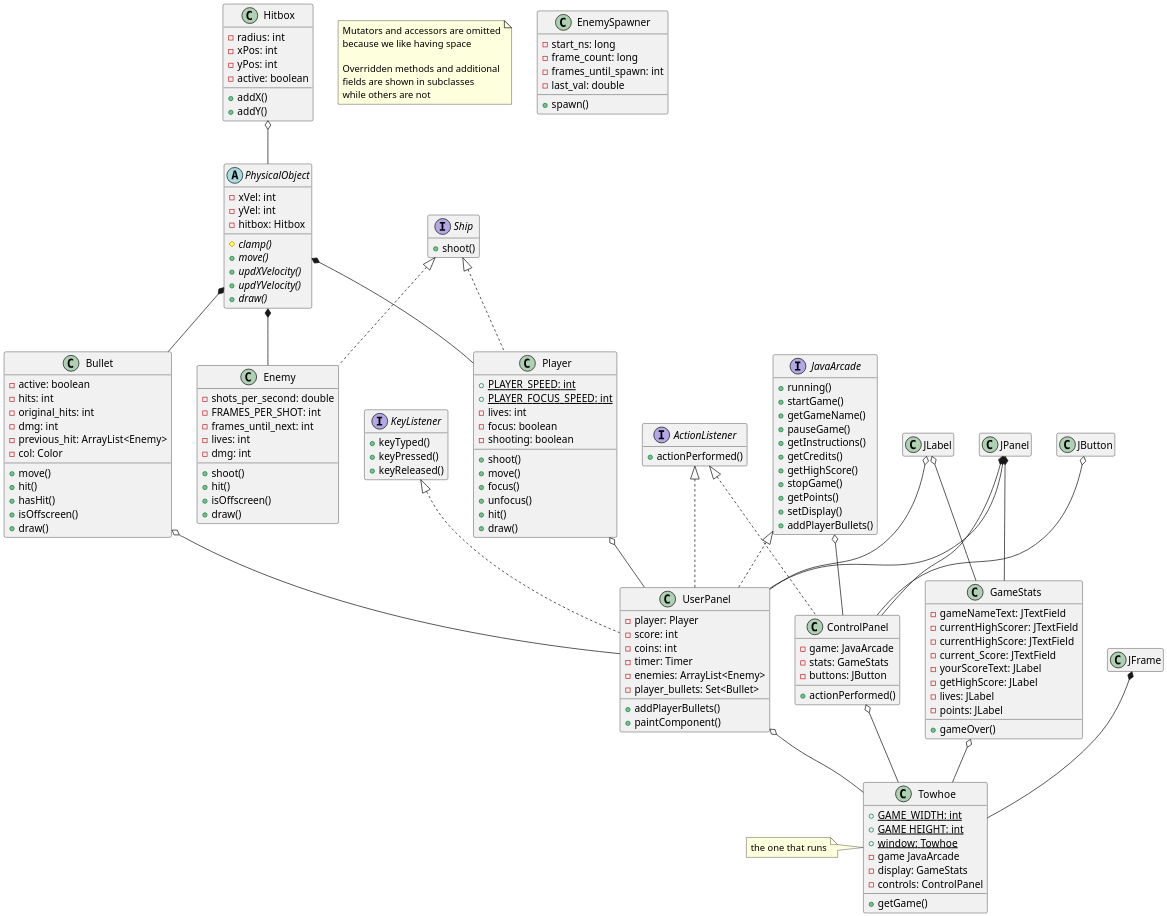
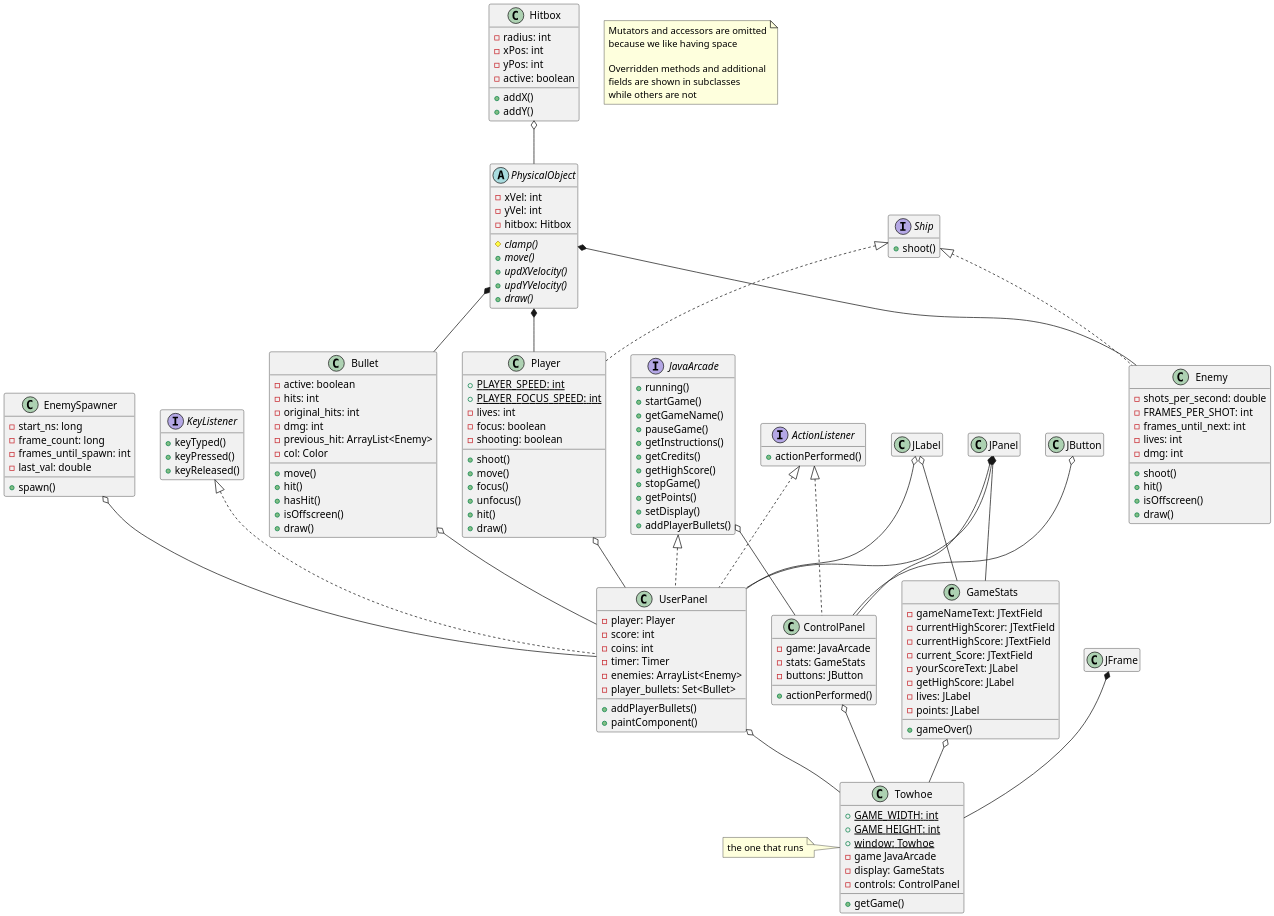
The diagram in Towhoe-6/Towhoe.iuml (jorjiiie/towhoe-6-embodiment-of-stupid-dummies), drawn with PlantUML before and after one commit.

Commit message:
UML FINAL

```diff
--- a/Towhoe-6/Towhoe.iuml
+++ b/Towhoe-6/Towhoe.iuml
@@ -13,193 +13,194 @@
 @startuml Towhoe 6
 scale 2
 note "Mutators and accessors are omitted\nbecause we like having space\n\nOverridden methods and additional\nfields are shown in subclasses\nwhile others are not" as N1
 ' Hitbox and dependencies
 class Hitbox {
     -radius: int
     -xPos: int 
     -yPos: int
     -active: boolean
     +addX()    
     +addY()
 }
 ' PhysicalObject and dependencies
 abstract PhysicalObject {
     -xVel: int
     -yVel: int
     -hitbox: Hitbox
     {abstract} #clamp()
     {abstract} +move()
     {abstract} +updXVelocity()
     {abstract} +updYVelocity()
     {abstract} +draw()
 }
 Hitbox  o-- PhysicalObject  
 
 ' Bullet and dependencies
 class Bullet {
     -active: boolean
     -hits: int
     -original_hits: int
     -dmg: int
     -previous_hit: ArrayList<Enemy>
     -col: Color
     +move()
     +hit()
     +hasHit()
     +isOffscreen()
     +draw()
     
 }
 PhysicalObject *--  Bullet   
 
 ' Player and dependencies
 interface Ship {
     +shoot()
 }
 hide Ship fields
 
 class Player {
     {static} +PLAYER_SPEED: int
     {static} +PLAYER_FOCUS_SPEED: int
     -lives: int
     -focus: boolean 
     -shooting: boolean 
     +shoot()
     +move()
     +focus()
     +unfocus()
     +hit()
     +draw()
 }
 PhysicalObject  *--     Player  
 Ship            <|..    Player  
 
 ' Enemy and dependencies
 class Enemy {
     -shots_per_second: double
     -FRAMES_PER_SHOT: int
     -frames_until_next: int
     -lives: int
     -dmg: int
     +shoot()
     +hit()
     +isOffscreen()
     +draw()
 }
 PhysicalObject  *--     Enemy   
 Ship            <|..    Enemy   
 
 ' UserPanel and dependencies
+class EnemySpawner {
+    -start_ns: long
+    -frame_count: long
+    -frames_until_spawn: int
+    -last_val: double
+    +spawn()
+}
+
 interface JavaArcade {
     +running()
     +startGame()
     +getGameName()
     +pauseGame()
     +getInstructions()
     +getCredits()
     +getHighScore()
     +stopGame()
     +getPoints()
     +setDisplay()
     +addPlayerBullets()
 }
 hide JavaArcade fields
 
 interface KeyListener{
     +keyTyped()
     +keyPressed()
     +keyReleased()
 }
 hide KeyListener fields
 
 interface ActionListener {
     +actionPerformed()
 }
 hide ActionListener fields
 
 class JPanel
 hide JPanel fields
 hide JPanel methods
 
 class JLabel
 hide JLabel fields
 hide JLabel methods
 
 class UserPanel {
     -player: Player
     -score: int
     -coins: int
     -timer: Timer
     -enemies: ArrayList<Enemy>
     -player_bullets: Set<Bullet>
     +addPlayerBullets()
     +paintComponent()
 }
 KeyListener     <|..    UserPanel   
 ActionListener  <|..    UserPanel   
 JavaArcade      <|..    UserPanel   
 JPanel          *--     UserPanel   
 Player          o--     UserPanel   
 Bullet          o--     UserPanel   
-JLabel          o--     UserPanel   
+JLabel          o--     UserPanel 
+EnemySpawner    o--     UserPanel  
 
 ' GameStats and dependencies
 class GameStats {
     -gameNameText: JTextField
     -currentHighScorer: JTextField
     -currentHighScore: JTextField
     -current_Score: JTextField
     -yourScoreText: JLabel
     -getHighScore: JLabel
     -lives: JLabel
     -points: JLabel
     +gameOver()
 }
 JPanel          *--     GameStats   
 JLabel          o--     GameStats  
 
 class JButton
 hide JButton fields
 hide JButton methods
 
 ' ControlPanel and dependencies
 class ControlPanel {
     -game: JavaArcade
     -stats: GameStats
     -buttons: JButton
     +actionPerformed()
 }
 ActionListener  <|..    ControlPanel   
 JPanel          *--     ControlPanel
 JavaArcade      o--     ControlPanel
 JButton         o--     ControlPanel
 
 ' Towhoe and dependencies
 class JFrame
 hide JFrame fields
 hide JFrame methods
 
 class Towhoe {
     +{static} GAME_WIDTH: int
     +{static} GAME HEIGHT: int
     +{static} window: Towhoe
     -game JavaArcade
     -display: GameStats
     -controls: ControlPanel
     +getGame()
 }
 JFrame          *--     Towhoe      
 UserPanel       o--     Towhoe      
 GameStats       o--     Towhoe      
-ControlPanel       o--     Towhoe      
-note left           : the one that runs
-
-class EnemySpawner {
-    -start_ns: long
-    -frame_count: long
-    -frames_until_spawn: int
-    -last_val: double
-    +spawn()
-}
+ControlPanel    o--     Towhoe      
+note left       : the one that runs
 
 @enduml
```
